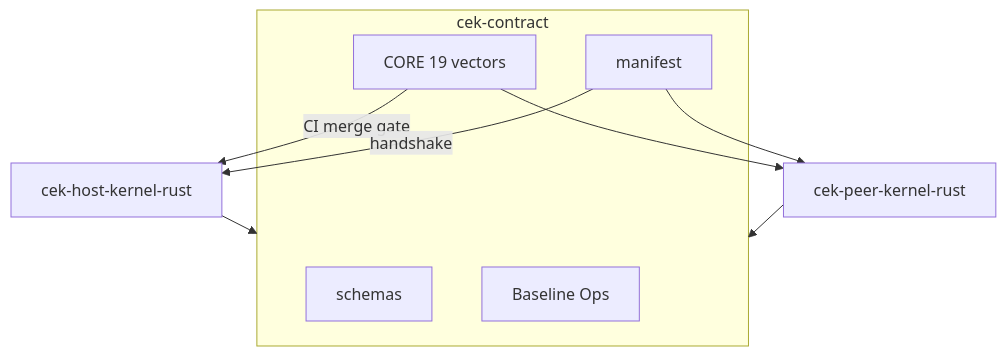
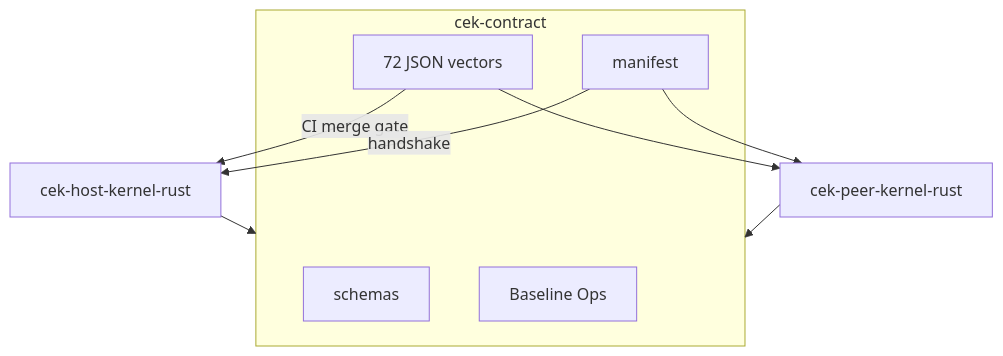
The diagram in diagrams/06-contract-product.mmd (bitplorer/cek-runtime), drawn with Mermaid before and after one commit. The commit also changed 10 other files, not shown here.

```diff
--- a/diagrams/06-contract-product.mmd
+++ b/diagrams/06-contract-product.mmd
@@ -1,13 +1,13 @@
 flowchart TB
   subgraph Contract["cek-contract"]
     SCH[schemas]
-    VEC[CORE 19 vectors]
+    VEC[72 JSON vectors]
     BASE[Baseline Ops]
     MAN[manifest]
   end
   H[cek-host-kernel-rust] --> Contract
   P[cek-peer-kernel-rust] --> Contract
   VEC -->|CI merge gate| H
   VEC --> P
   MAN -->|handshake| H
   MAN --> P
```
